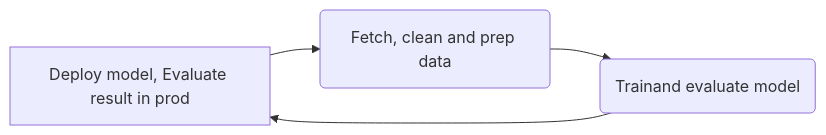
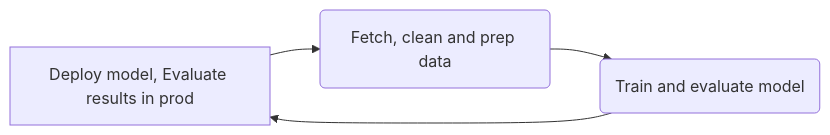
The ninth of 10 diagrams in README.md (LongBu/AWS-MLS-C01-Study-Guide), drawn with Mermaid before and after one commit.

Commit message:
spacing and typos

````diff
--- a/README.md
+++ b/README.md
@@ -2505,7 +2505,7 @@
 ```mermaid
 graph LR
-    A[Deploy model, Evaluate result in prod] --> B(Fetch, clean and prep data)
-    B --> C(Trainand evaluate model)
+    A[Deploy model, Evaluate results in prod] --> B(Fetch, clean and prep data)
+    B --> C(Train and evaluate model)
     C --> A
 
 ```
````
